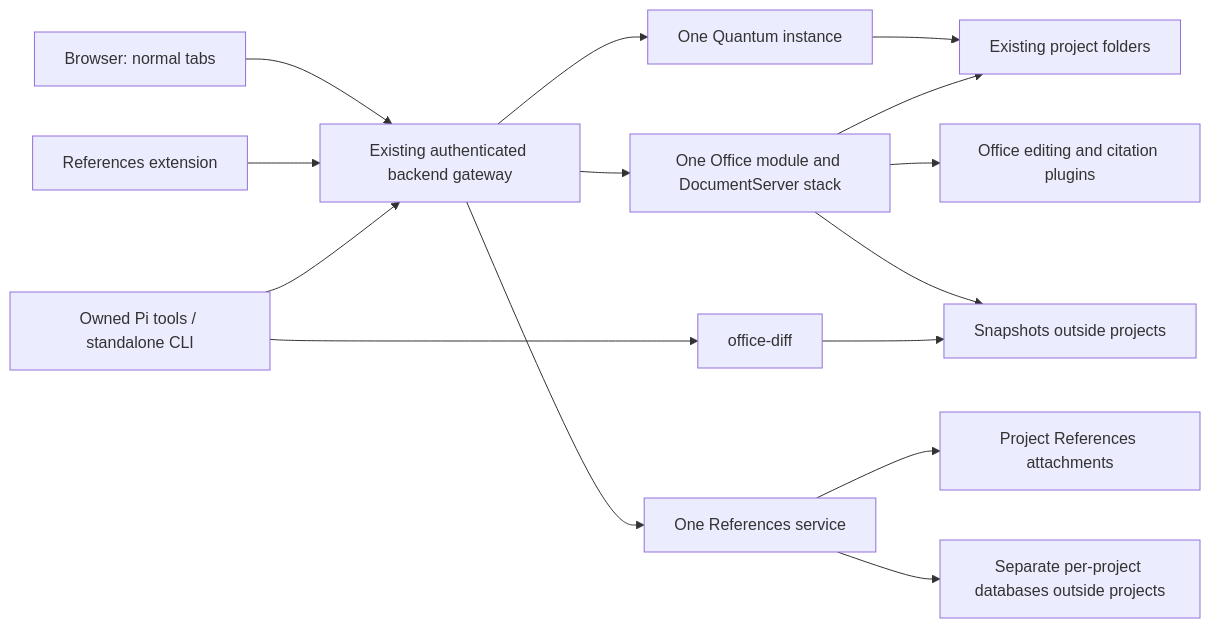
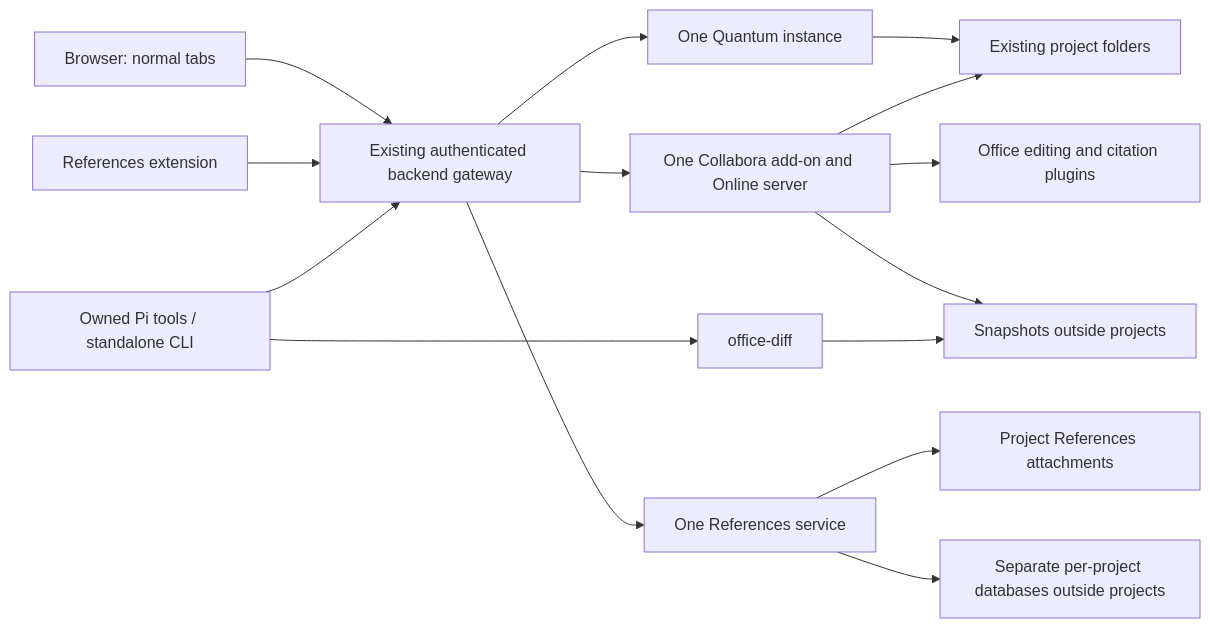
One commit to openresearchtools/BashKitten changed the diagram in docs/files-office-bibliography-plan.md. Above: the diagram before and after it, drawn with Mermaid. The commit also changed other lines of this file and 3 other files, not shown here.

````diff
--- a/docs/files-office-bibliography-plan.md
+++ b/docs/files-office-bibliography-plan.md
@@ -124,17 +158,17 @@
 ```mermaid
 flowchart LR
     B[Browser: normal tabs] --> G[Existing authenticated backend gateway]
     E[References extension] --> G
     P[Owned Pi tools / standalone CLI] --> G
     G --> F[One Quantum instance]
-    G --> O[One Office module and DocumentServer stack]
+    G --> O[One Collabora add-on and Online server]
     G --> R[One References service]
     O --> C[Office editing and citation plugins]
     F --> W[Existing project folders]
     O --> W
     R --> A[Project References attachments]
     O --> V[Snapshots outside projects]
     R --> D[Separate per-project databases outside projects]
     X[office-diff] --> V
     P --> X
 ```
````
